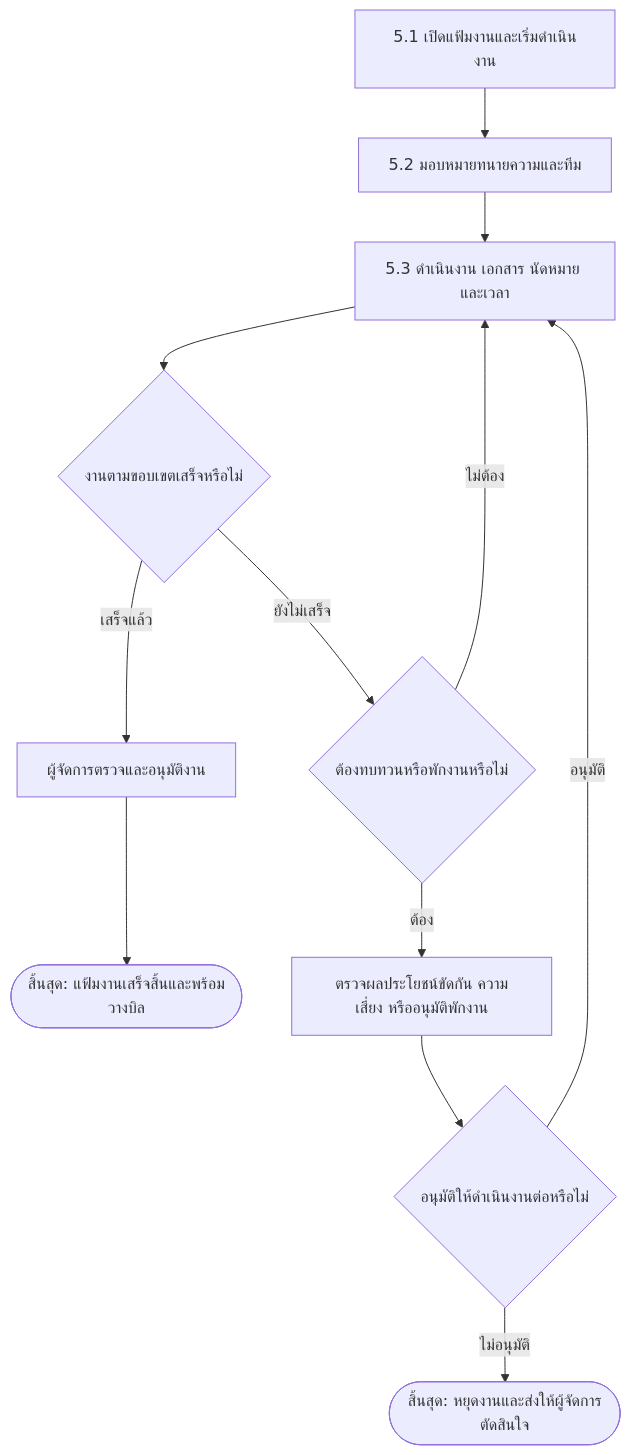
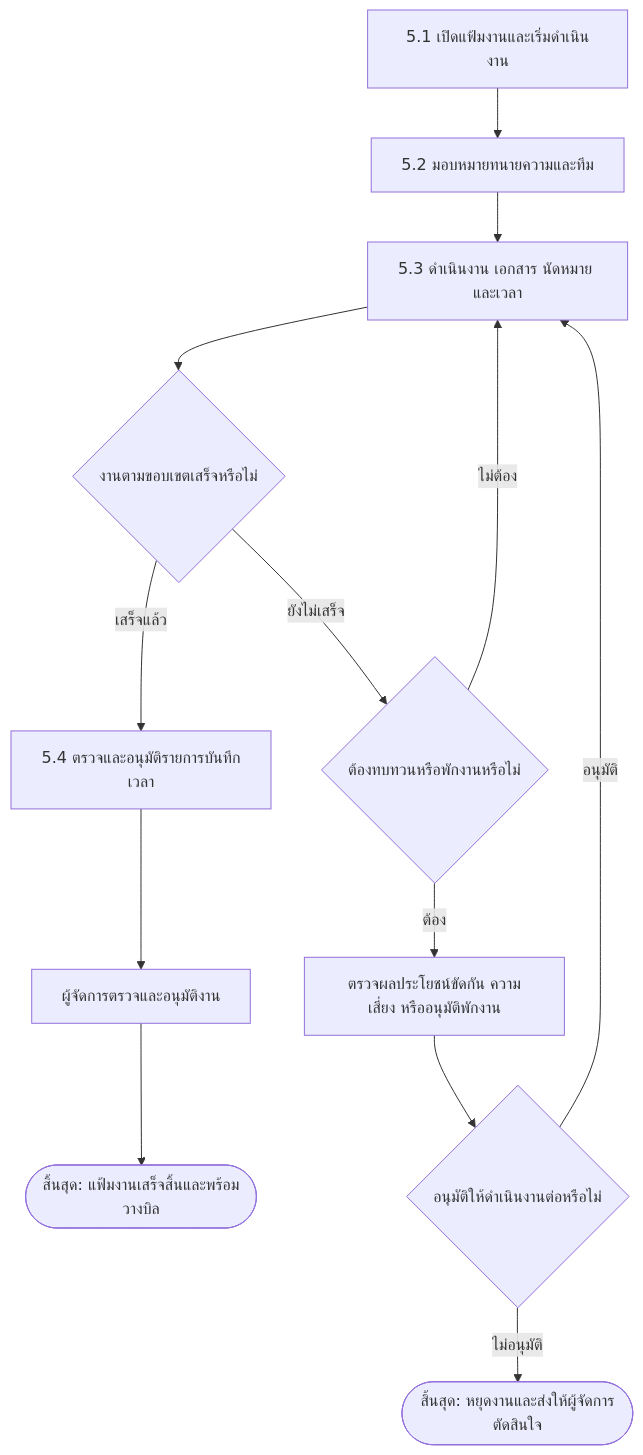
The fifth of 7 diagrams in docs/app/docs/workflow/page.mdx (yukasung/legal_erp_docs), drawn with Mermaid before and after one commit. The commit also changed other lines of this file and 19 other files, not shown here.

````diff
--- a/docs/app/docs/workflow/page.mdx
+++ b/docs/app/docs/workflow/page.mdx
@@ -165,14 +184,15 @@
 ```mermaid
 flowchart TD
   A["5.1 เปิดแฟ้มงานและเริ่มดำเนินงาน"] --> B["5.2 มอบหมายทนายความและทีม"]
   B --> C["5.3 ดำเนินงาน เอกสาร นัดหมาย และเวลา"]
   C --> D{"งานตามขอบเขตเสร็จหรือไม่"}
-  D -->|เสร็จแล้ว| R["ผู้จัดการตรวจและอนุมัติงาน"]
+  D -->|เสร็จแล้ว| T["5.4 ตรวจและอนุมัติรายการบันทึกเวลา"]
+  T --> R["ผู้จัดการตรวจและอนุมัติงาน"]
   R --> Z(["สิ้นสุด: แฟ้มงานเสร็จสิ้นและพร้อมวางบิล"])
   D -->|ยังไม่เสร็จ| E{"ต้องทบทวนหรือพักงานหรือไม่"}
   E -->|ไม่ต้อง| C
   E -->|ต้อง| F["ตรวจผลประโยชน์ขัดกัน ความเสี่ยง หรืออนุมัติพักงาน"]
   F --> G{"อนุมัติให้ดำเนินงานต่อหรือไม่"}
   G -->|อนุมัติ| C
   G -->|ไม่อนุมัติ| H(["สิ้นสุด: หยุดงานและส่งให้ผู้จัดการตัดสินใจ"])
 ```
````
